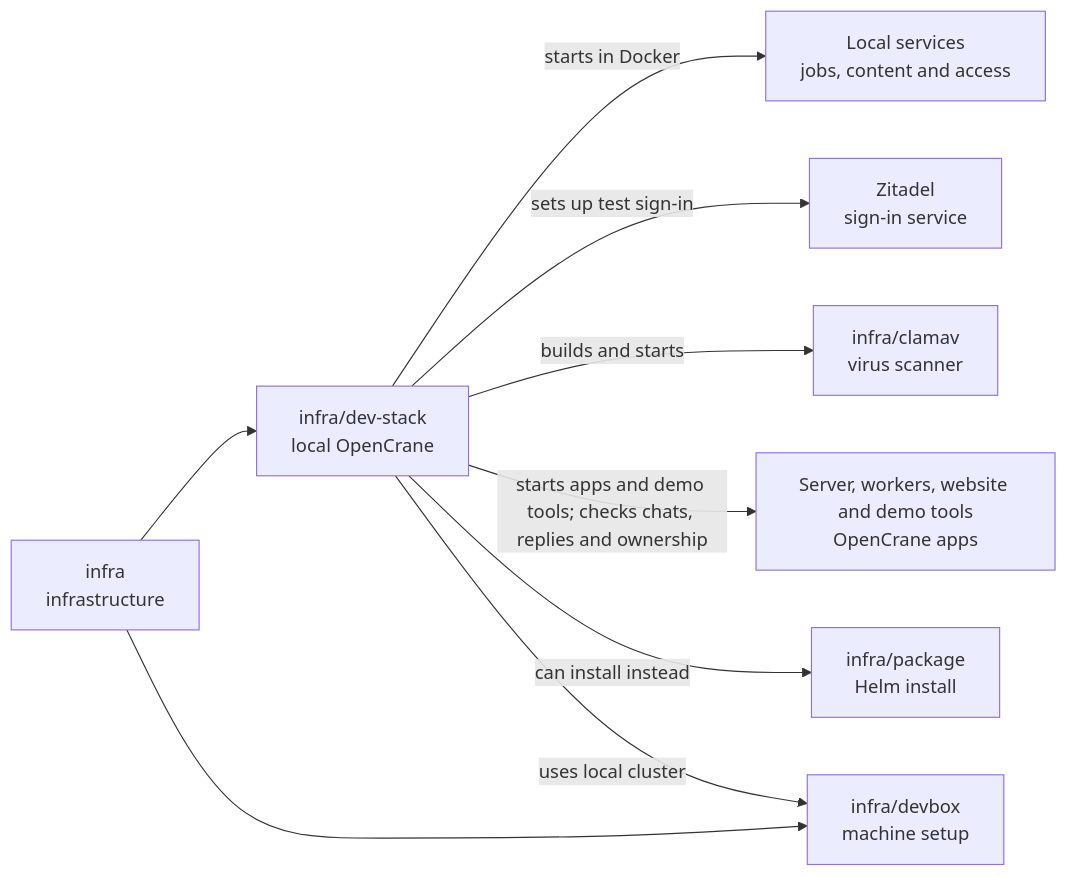
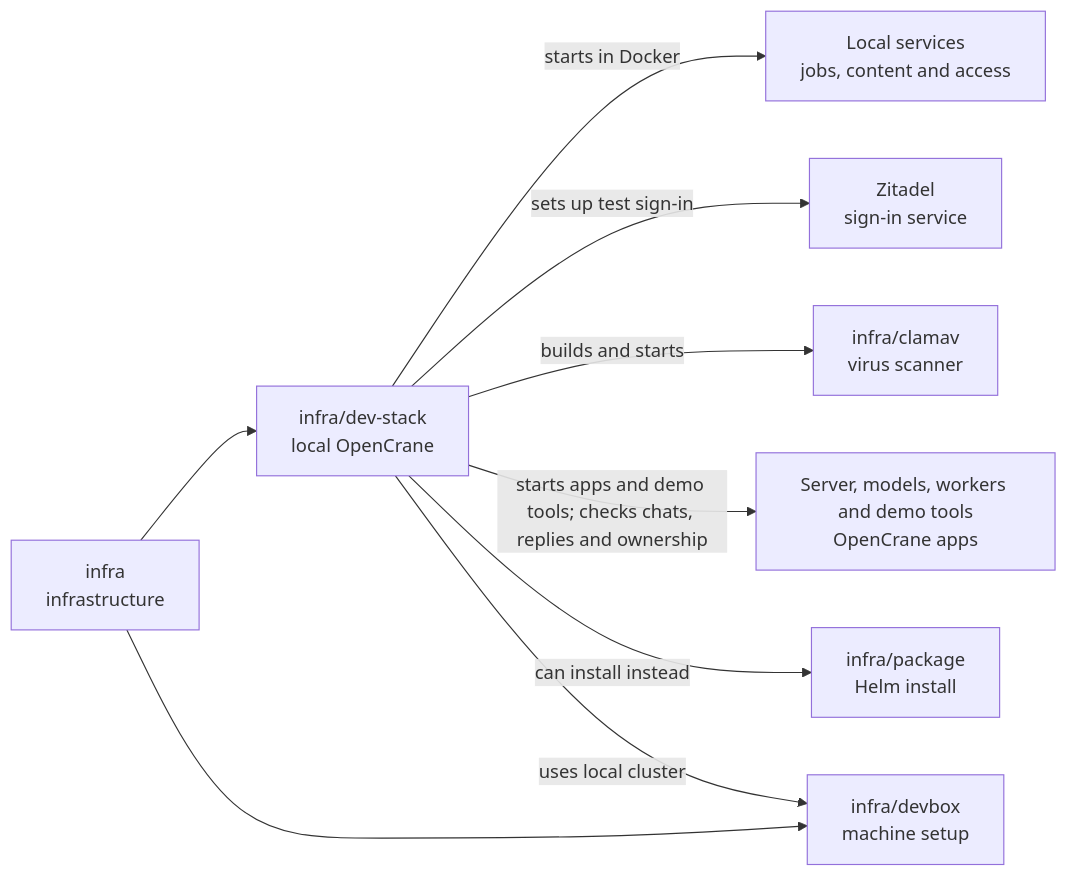
Before and after one commit to elewa-git/opencrane-new: the diagram in infra/dev-stack/README.md, drawn with Mermaid. The commit also changed other lines of this file and 12 other files, not shown here.

````diff
--- a/infra/dev-stack/README.md
+++ b/infra/dev-stack/README.md
@@ -16,11 +16,11 @@
 ```mermaid
 flowchart LR
   infra["infra<br/>infrastructure"] --> stack["infra/dev-stack<br/>local OpenCrane"]
   infra --> devbox["infra/devbox<br/>machine setup"]
   stack -->|starts in Docker| services["Local services<br/>jobs, content and access"]
   stack -->|sets up test sign-in| zitadel["Zitadel<br/>sign-in service"]
   stack -->|builds and starts| clamav["infra/clamav<br/>virus scanner"]
-  stack -->|starts apps and demo tools; checks chats, replies and ownership| apps["Server, workers, website and demo tools<br/>OpenCrane apps"]
+  stack -->|starts apps and demo tools; checks chats, replies and ownership| apps["Server, models, workers and demo tools<br/>OpenCrane apps"]
   stack -->|can install instead| package["infra/package<br/>Helm install"]
   stack -->|uses local cluster| devbox
 ```
````
